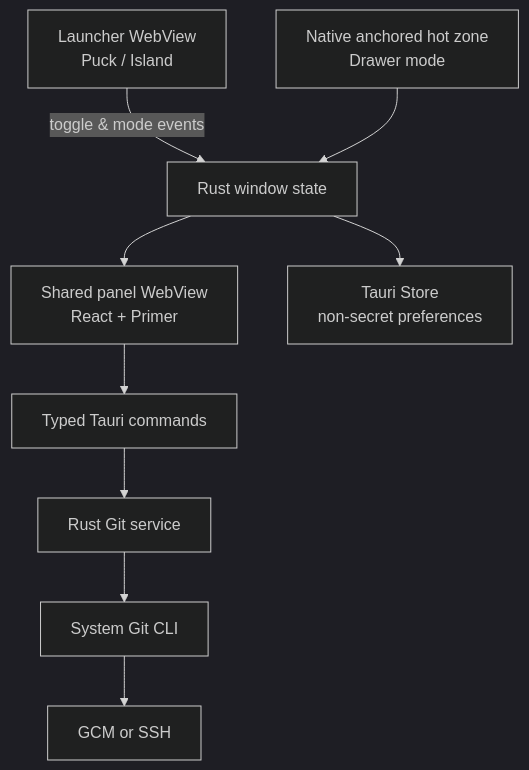
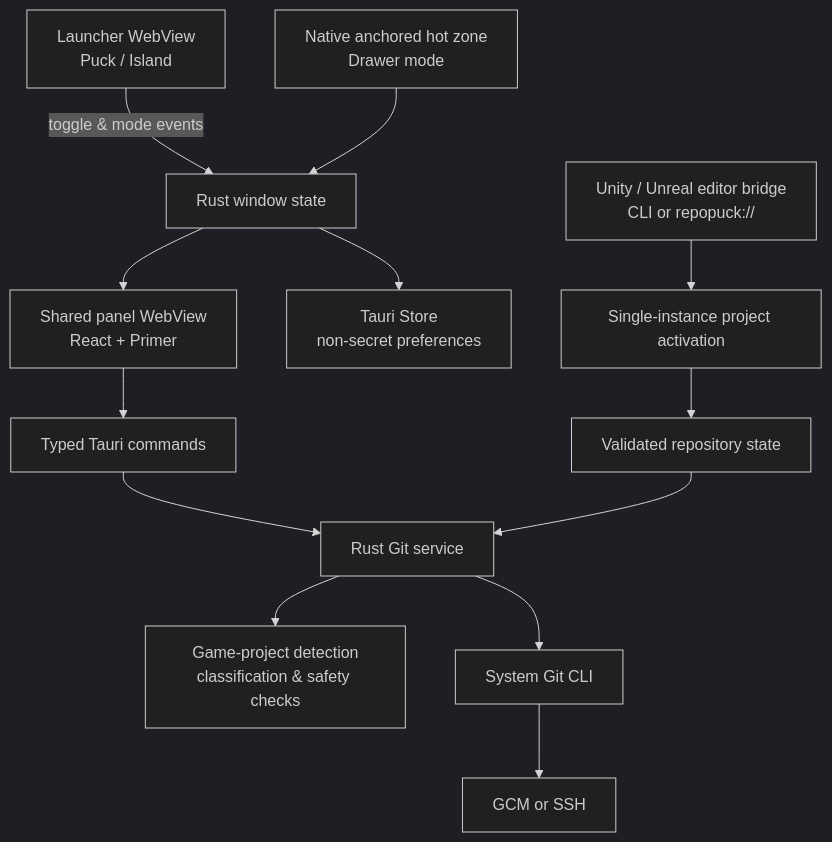
One commit to YYchainsAw/RepoPuck changed the diagram in README.md. Above: the diagram before and after it, drawn with Mermaid (dark theme). The commit also changed other lines of this file and 4 other files, not shown here.

Commit message:
docs: document game editor workflows

````diff
--- a/README.md
+++ b/README.md
@@ -129,11 +183,15 @@
 ```mermaid
 flowchart TD
     L["Launcher WebView<br>Puck / Island"] -->|toggle & mode events| W["Rust window state"]
     H["Native anchored hot zone<br>Drawer mode"] --> W
     W --> P["Shared panel WebView<br>React + Primer"]
+    E["Unity / Unreal editor bridge<br>CLI or repopuck://"] --> X["Single-instance project activation"]
+    X --> R["Validated repository state"]
     P --> C["Typed Tauri commands"]
     C --> G["Rust Git service"]
+    R --> G
+    G --> D["Game-project detection<br>classification & safety checks"]
     G --> CLI["System Git CLI"]
     CLI --> A["GCM or SSH"]
     W --> S["Tauri Store<br>non-secret preferences"]
 ```
````
